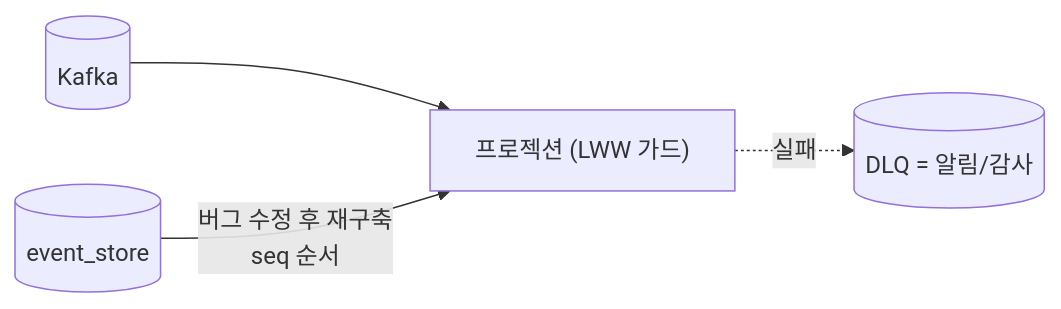
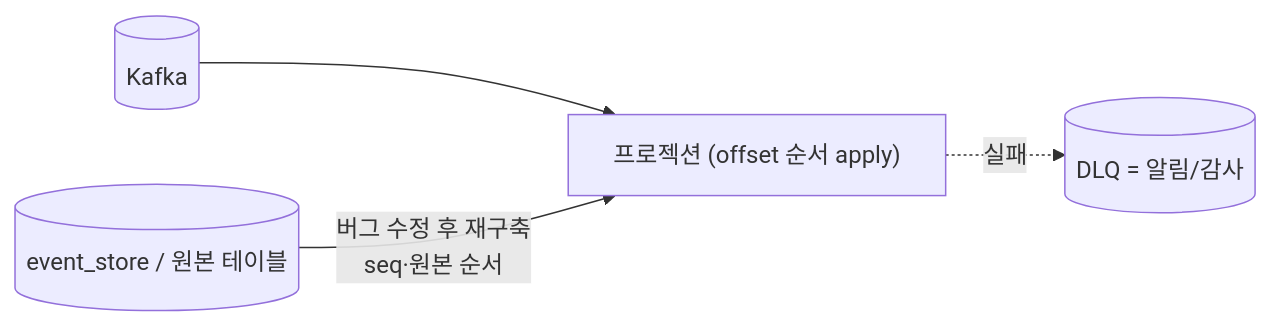
Before and after one commit to newkayak12/prototype-reservation-system: the second of 2 diagrams in docs/v2/design_doc/DESIGN-020-ordering-and-failure-handling.md, drawn with Mermaid. The commit also changed other lines of this file and 52 other files, not shown here.

````diff
--- a/docs/v2/design_doc/DESIGN-020-ordering-and-failure-handling.md
+++ b/docs/v2/design_doc/DESIGN-020-ordering-and-failure-handling.md
@@ -85,6 +90,6 @@
 ```mermaid
 graph LR
-    K[("Kafka")] --> PJ["프로젝션 (LWW 가드)"]
+    K[("Kafka")] --> PJ["프로젝션 (offset 순서 apply)"]
     PJ -. 실패 .-> DLQ[("DLQ = 알림/감사")]
-    ES[("event_store")] -->|버그 수정 후 재구축<br/>seq 순서| PJ
+    ES[("event_store / 원본 테이블")] -->|버그 수정 후 재구축<br/>seq·원본 순서| PJ
 ```
````
